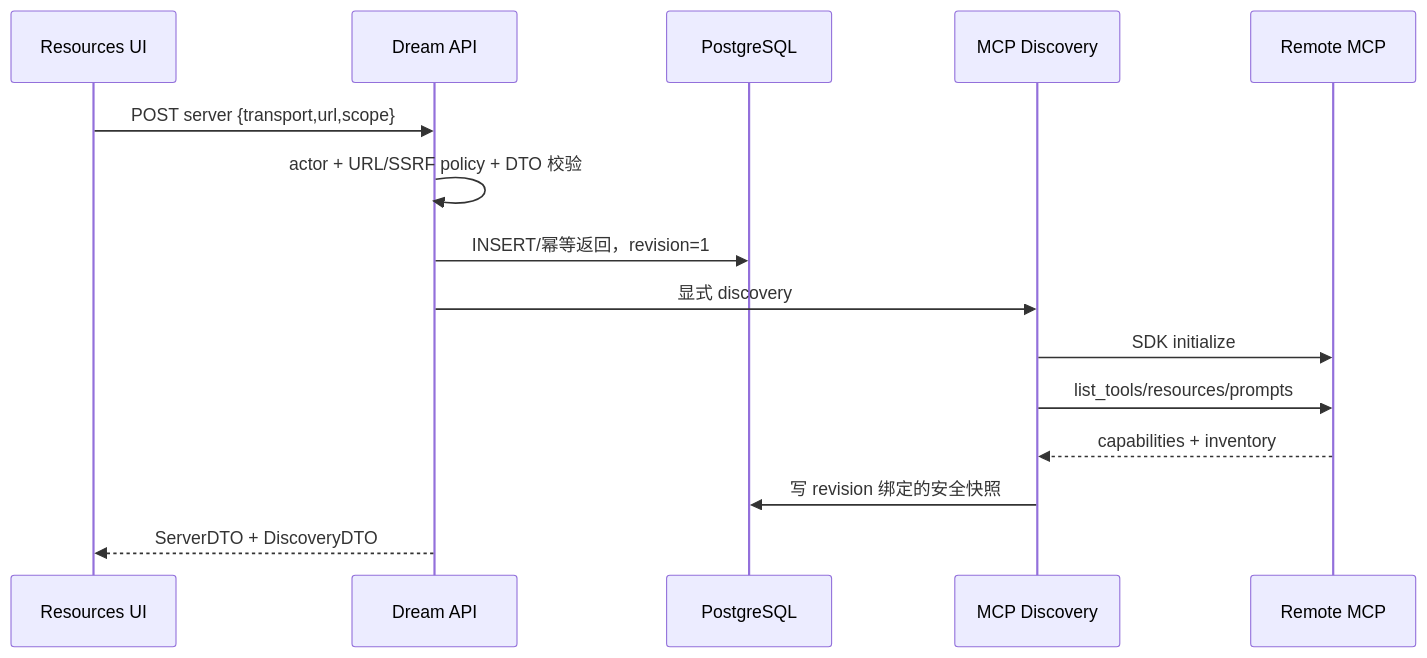
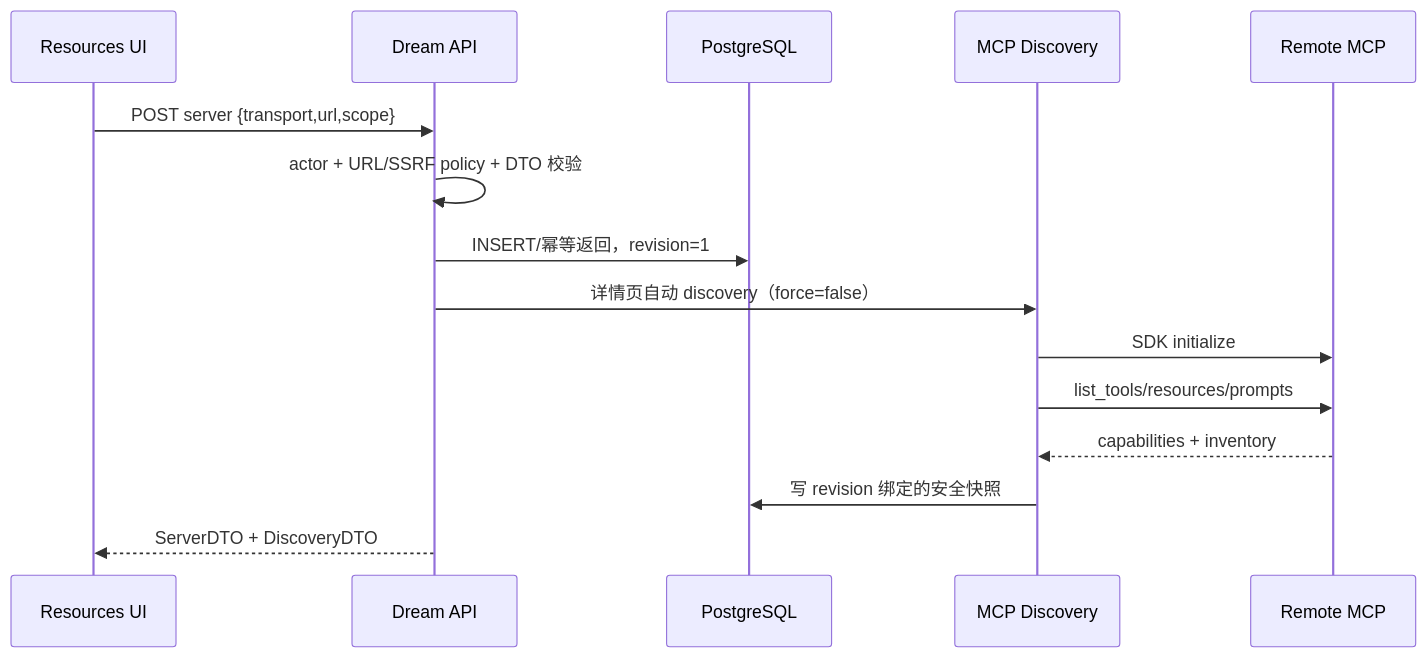
The third of 11 diagrams in docs/design/claude-agent/dream-managed-mcp-resources.md (glide-the/im-dream), drawn with Mermaid before and after one commit. The commit also changed other lines of this file and 2 other files, not shown here.

Commit message:
docs: add MCP business sequence atlas

````diff
--- a/docs/design/claude-agent/dream-managed-mcp-resources.md
+++ b/docs/design/claude-agent/dream-managed-mcp-resources.md
@@ -184,17 +188,17 @@
 ```mermaid
 sequenceDiagram
     participant UI as Resources UI
     participant API as Dream API
     participant DB as PostgreSQL
     participant D as MCP Discovery
     participant M as Remote MCP
     UI->>API: POST server {transport,url,scope}
     API->>API: actor + URL/SSRF policy + DTO 校验
     API->>DB: INSERT/幂等返回，revision=1
-    API->>D: 显式 discovery
+    API->>D: 详情页自动 discovery（force=false）
     D->>M: SDK initialize
     D->>M: list_tools/resources/prompts
     M-->>D: capabilities + inventory
     D->>DB: 写 revision 绑定的安全快照
     API-->>UI: ServerDTO + DiscoveryDTO
 ```
````
